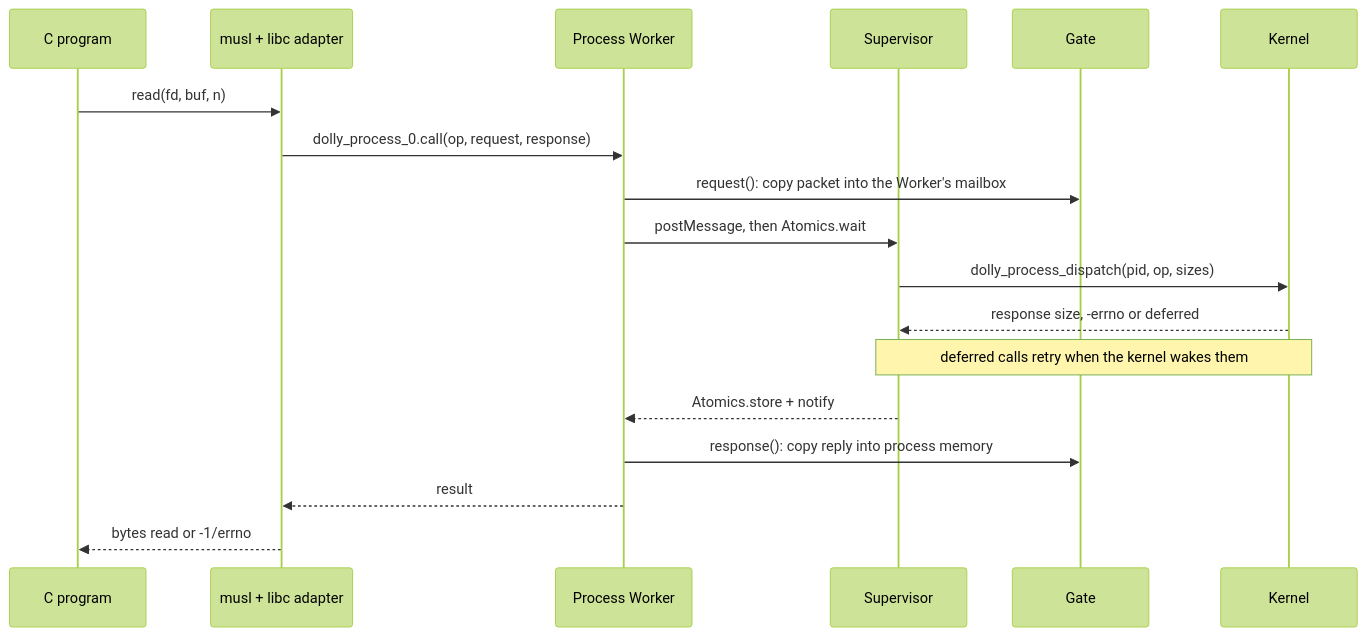
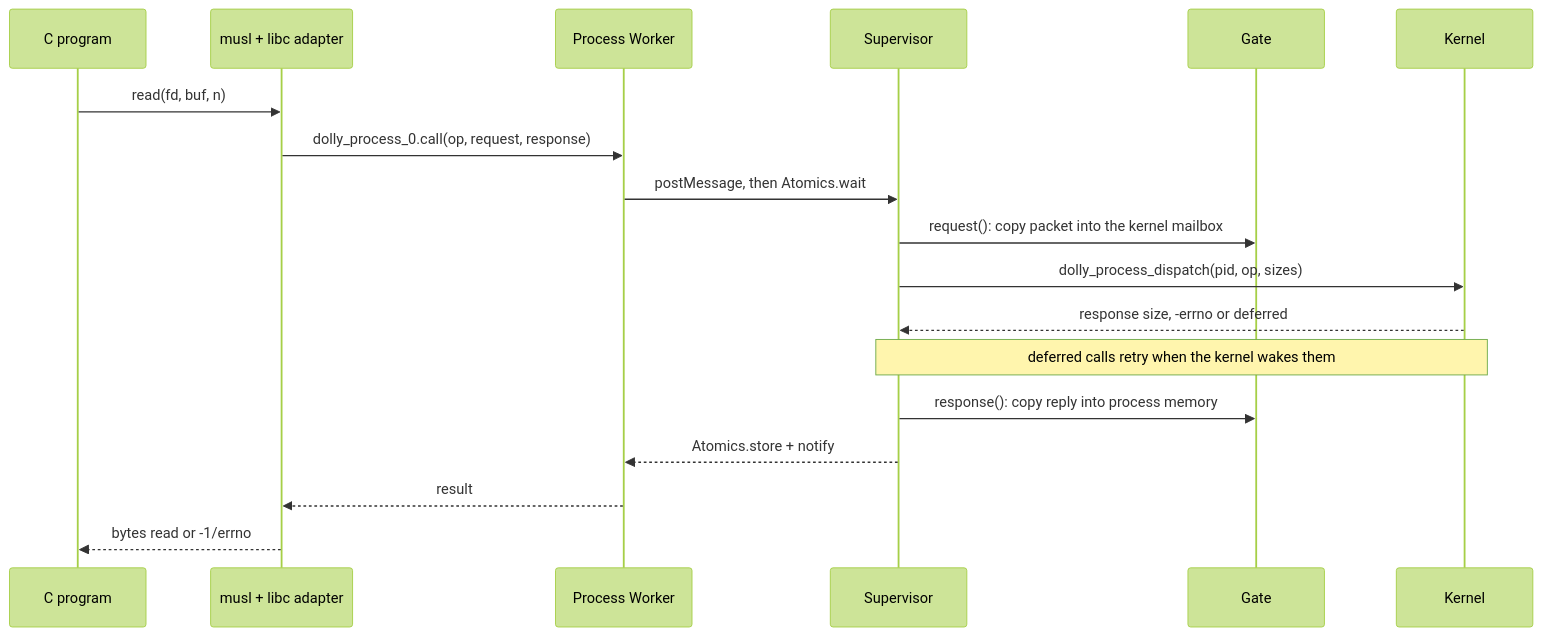
Before and after one commit to daugasauron/dolly: the second of 3 diagrams in docs/architecture.md, drawn with Mermaid (forest theme). The commit also changed other lines of this file and 27 other files, not shown here.

First line of the commit message:
Revert the process-memory change on integrate: lean-std and lean-meta crash Chrome

````diff
--- a/docs/architecture.md
+++ b/docs/architecture.md
@@ -65,20 +64,20 @@
 ```mermaid
 sequenceDiagram
   participant P as C program
   participant L as musl + libc adapter
   participant W as Process Worker
   participant S as Supervisor
   participant G as Gate
   participant K as Kernel
   P->>L: read(fd, buf, n)
   L->>W: dolly_process_0.call(op, request, response)
-  W->>G: request(): copy packet into the Worker's mailbox
   W->>S: postMessage, then Atomics.wait
+  S->>G: request(): copy packet into the kernel mailbox
   S->>K: dolly_process_dispatch(pid, op, sizes)
   K-->>S: response size, -errno or deferred
   Note over S,K: deferred calls retry when the kernel wakes them
+  S->>G: response(): copy reply into process memory
   S-->>W: Atomics.store + notify
-  W->>G: response(): copy reply into process memory
   W-->>L: result
   L-->>P: bytes read or -1/errno
 ```
````
